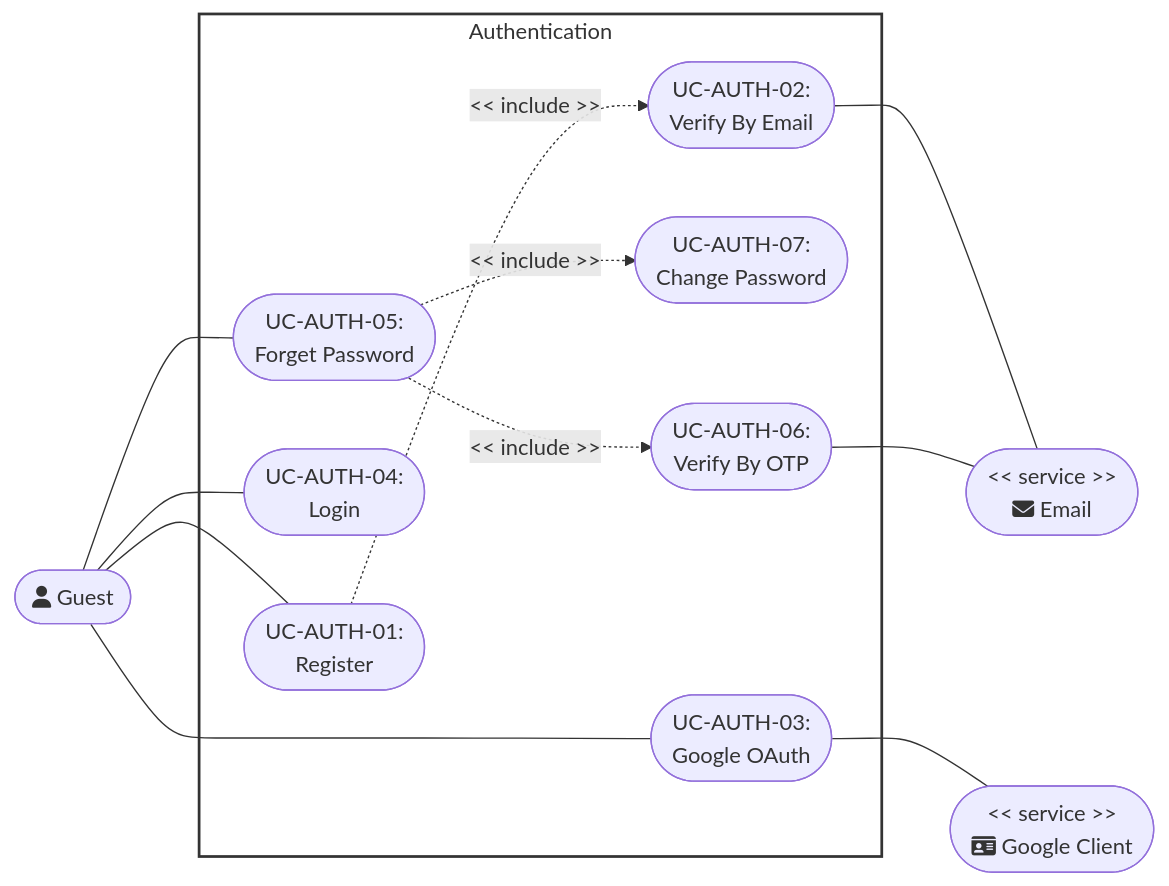
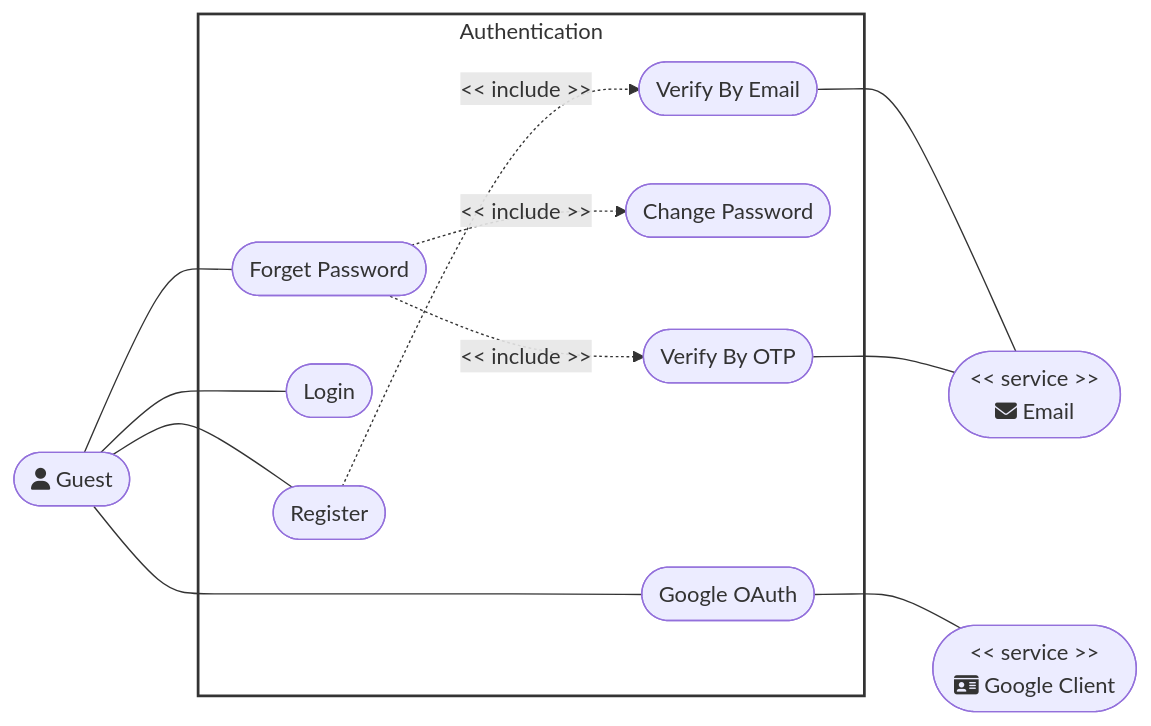
The second of 9 diagrams in docs/management/PA3/Use-CaseDiagram.md (DuyNhat1705/AmeThyst-Library), drawn with Mermaid before and after one commit. The commit also changed other lines of this file and 5 other files, not shown here.

Commit message:
update usecase diagram for PA4

````diff
--- a/docs/management/PA3/Use-CaseDiagram.md
+++ b/docs/management/PA3/Use-CaseDiagram.md
@@ -55,47 +53,47 @@
 ```mermaid
 flowchart LR
     %% Left Actor
-    ActorGuest(["<center>fa:fa-user Guest</center>"])
+    ActorGuest([fa:fa-user Guest])
         %% Central System Boundary Subgraph
     subgraph Authentication [Authentication]
-        UC_Reg(["<center>UC-AUTH-01:<br>Register</center>"])
-        UC_OAuth(["<center>UC-AUTH-03:<br>Google OAuth</center>"])
-        UC_Login(["<center>UC-AUTH-04:<br>Login</center>"])
-        UC_Forget(["<center>UC-AUTH-05:<br>Forget Password</center>"])
-        UC_Change(["<center>UC-AUTH-07:<br>Change Password</center>"])
-        UC_VerifyEmail(["<center>UC-AUTH-02:<br>Verify By Email</center>"])
-        UC_VerifyOTP(["<center>UC-AUTH-06:<br>Verify By OTP</center>"])
+        UC_Reg([Register])
+        UC_OAuth([Google OAuth])
+        UC_Login([Login])
+        UC_Forget([Forget Password])
+        UC_Change([Change Password])
+        UC_VerifyEmail([Verify By Email])
+        UC_VerifyOTP([Verify By OTP])
     end
 
     %% Right Actors
     ActorEmail(["<center>&lt;&lt; service &gt;&gt;<br>fa:fa-envelope Email</center>"])
     ActorGoogle(["<center>&lt;&lt; service &gt;&gt;<br>fa:fa-id-card Google Client</center>"])
 
     %% -------------------------------------------------------------
     %% Structural Layout Anchors (Invisible lines to center-align the subgraph)
     %% -------------------------------------------------------------
     ActorGuest ~~~ Authentication ~~~ ActorEmail
     ActorGuest ~~~ Authentication ~~~~ ActorGoogle
 
     %% -------------------------------------------------------------
     %% Actual Connections (Matching your image exactly)
     %% -------------------------------------------------------------
     %% Left Actor Associations
     ActorGuest --- UC_Reg
     ActorGuest --- UC_OAuth
     ActorGuest --- UC_Login
     ActorGuest --- UC_Forget
 
     %% Subgraph Internal Include Relationships
     UC_Reg -. "<< include >>" .-> UC_VerifyEmail
     UC_Forget -. "<< include >>" .-> UC_VerifyOTP
     UC_Forget -. "<< include >>" .-> UC_Change
 
     %% Right Actor Associations
     UC_VerifyEmail --- ActorEmail
     UC_OAuth --- ActorGoogle
     UC_VerifyOTP --- ActorEmail
 
     %% Styling
     style Authentication fill:#fff,stroke:#333,stroke-width:2px
 ```
````
